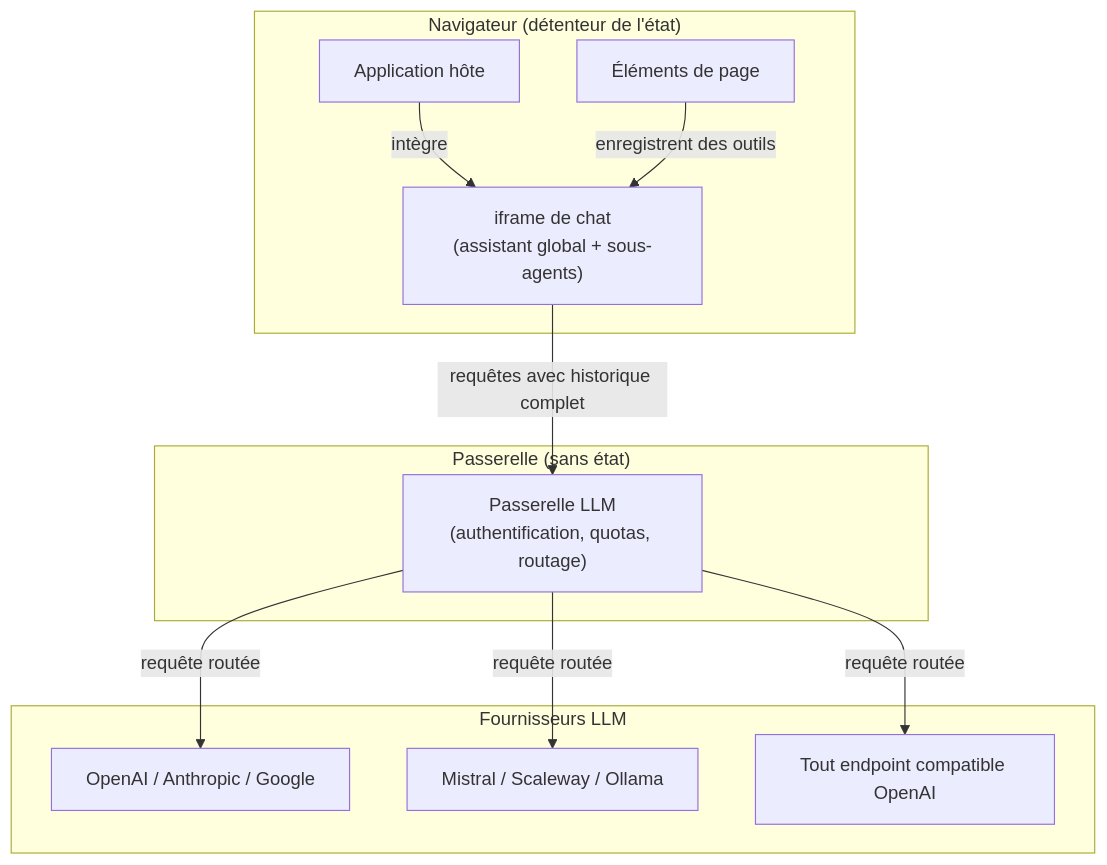
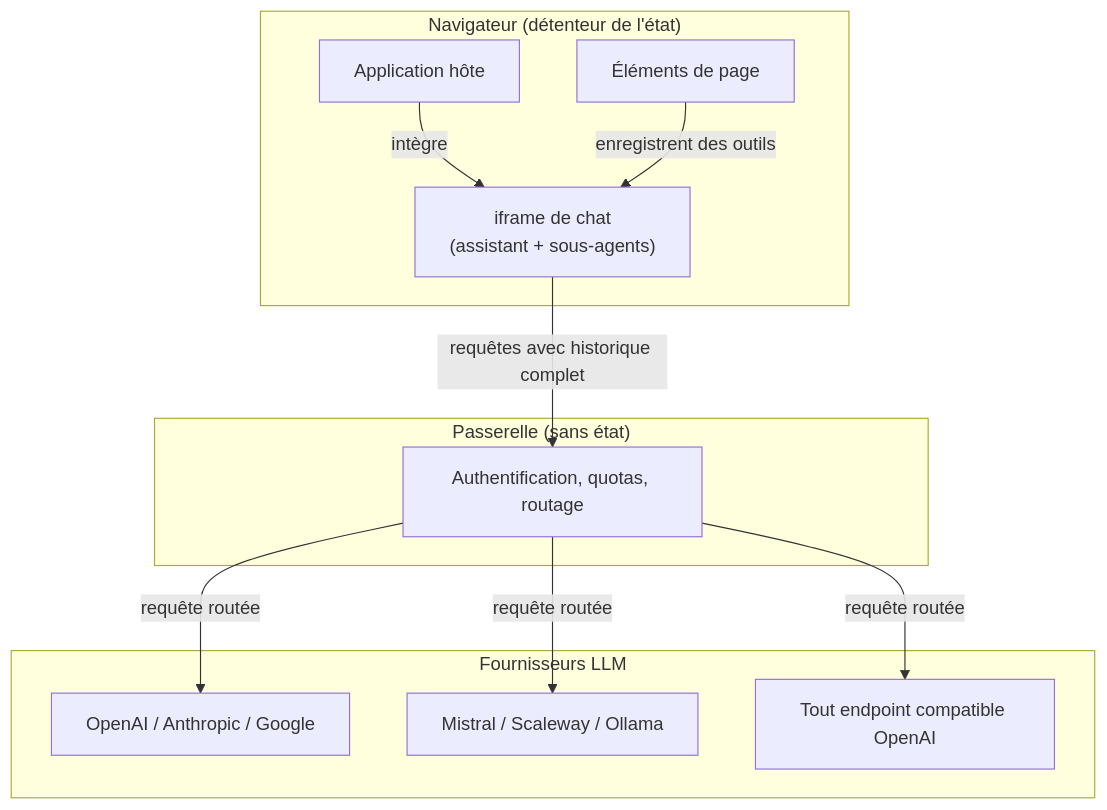
The diagram in docs/presentation-fr/02-architecture.md (data-fair/agents), drawn with Mermaid before and after one commit. The commit also changed other lines of this file and 5 other files, not shown here.

````diff
--- a/docs/presentation-fr/02-architecture.md
+++ b/docs/presentation-fr/02-architecture.md
@@ -7,25 +5,25 @@
 ```mermaid
 graph TD
     subgraph Navigateur["Navigateur (détenteur de l'état)"]
         AppHote["Application hôte"]
         EP["Éléments de page"]
-        IFrame["iframe de chat\n(assistant global + sous-agents)"]
+        IFrame["iframe de chat\n(assistant + sous-agents)"]
         AppHote -->|"intègre"| IFrame
         EP -->|"enregistrent des outils"| IFrame
     end
 
     subgraph Serveur["Passerelle (sans état)"]
-        GW["Passerelle LLM\n(authentification, quotas, routage)"]
+        GW["Authentification, quotas, routage"]
     end
 
     subgraph Fournisseurs["Fournisseurs LLM"]
         F1["OpenAI / Anthropic / Google"]
         F2["Mistral / Scaleway / Ollama"]
         F3["Tout endpoint compatible OpenAI"]
     end
 
     IFrame -->|"requêtes avec historique complet"| GW
     GW -->|"requête routée"| F1
     GW -->|"requête routée"| F2
     GW -->|"requête routée"| F3
 ```
````
